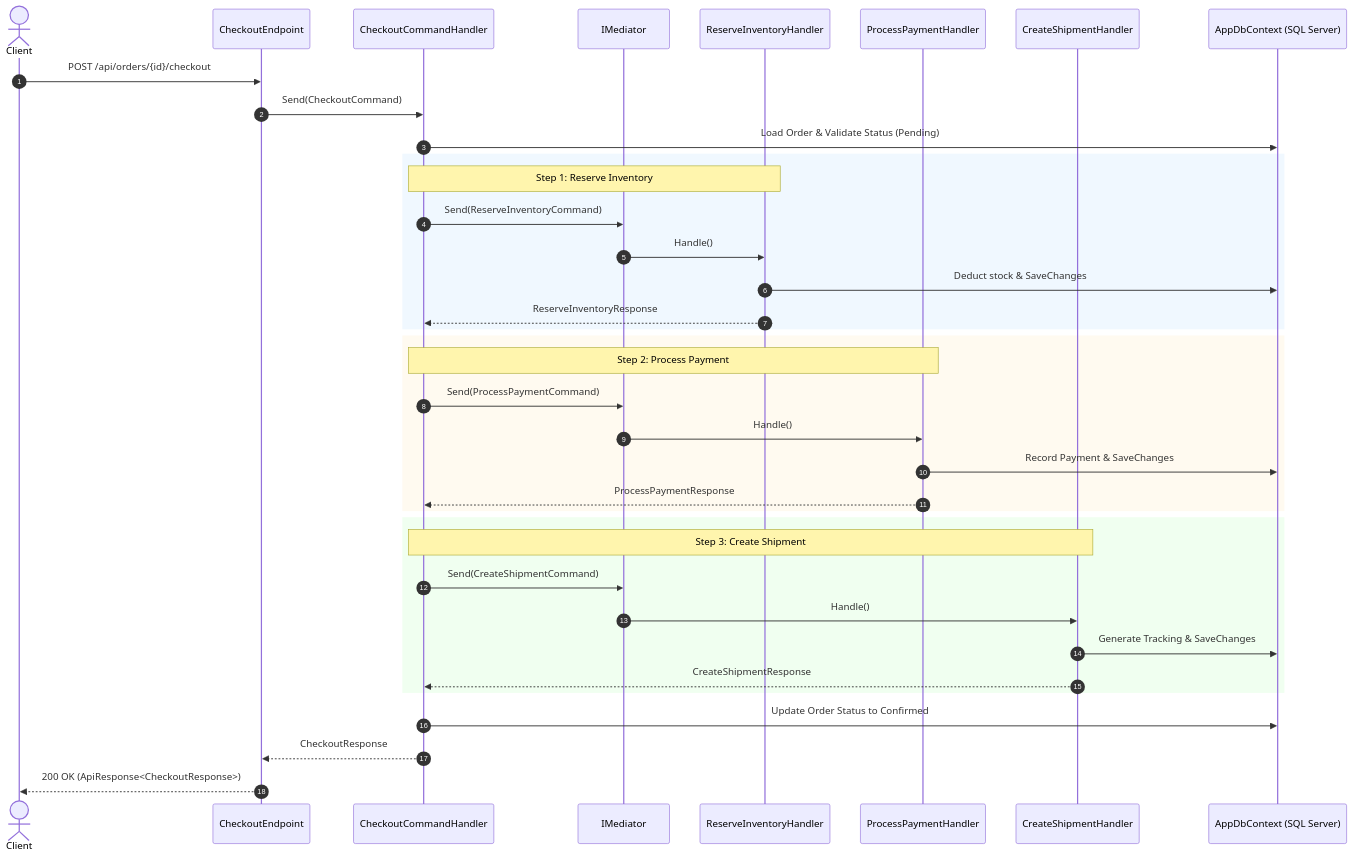
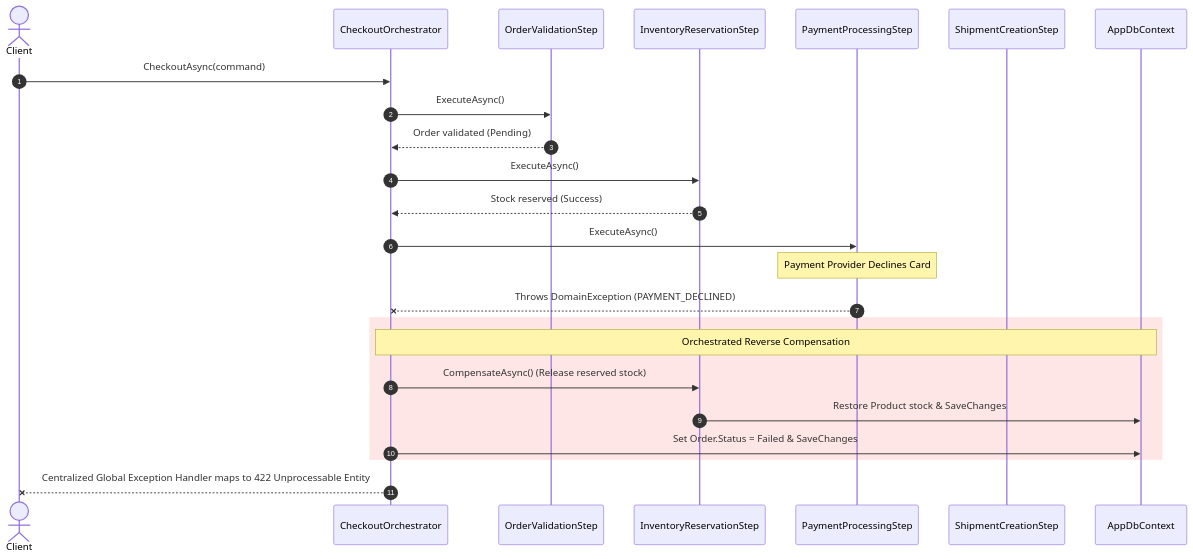
One commit to Seif-Emam/Orchestrator-Pattern-In-CQRS changed the second of 2 diagrams in README.md. Above: the diagram before and after it, drawn with Mermaid. The commit also changed other lines of this file, not shown here.

Commit message:
docs: update documentation with orchestrator pattern architecture and diagrams

````diff
--- a/README.md
+++ b/README.md
@@ -139,44 +96,32 @@
 ```mermaid
 sequenceDiagram
     autonumber
     actor Client
-    participant API as CheckoutEndpoint
-    participant Handler as CheckoutCommandHandler
-    participant MediatR as IMediator
-    participant Inv as ReserveInventoryHandler
-    participant Pay as ProcessPaymentHandler
-    participant Ship as CreateShipmentHandler
-    participant DB as AppDbContext (SQL Server)
+    participant Orch as CheckoutOrchestrator
+    participant Val as OrderValidationStep
+    participant Inv as InventoryReservationStep
+    participant Pay as PaymentProcessingStep
+    participant Ship as ShipmentCreationStep
+    participant DB as AppDbContext
 
-    Client->>API: POST /api/orders/{id}/checkout
-    API->>Handler: Send(CheckoutCommand)
-    Handler->>DB: Load Order & Validate Status (Pending)
+    Client->>Orch: CheckoutAsync(command)
     
-    rect rgb(240, 248, 255)
-        Note over Handler,Inv: Step 1: Reserve Inventory
-        Handler->>MediatR: Send(ReserveInventoryCommand)
-        MediatR->>Inv: Handle()
-        Inv->>DB: Deduct stock & SaveChanges
-        Inv-->>Handler: ReserveInventoryResponse
+    Orch->>Val: ExecuteAsync()
+    Val-->>Orch: Order validated (Pending)
+    
+    Orch->>Inv: ExecuteAsync()
+    Inv-->>Orch: Stock reserved (Success)
+    
+    Orch->>Pay: ExecuteAsync()
+    Note over Pay: Payment Provider Declines Card
+    Pay--xOrch: Throws DomainException (PAYMENT_DECLINED)
+    
+    rect rgb(255, 230, 230)
+        Note over Orch,DB: Orchestrated Reverse Compensation
+        Orch->>Inv: CompensateAsync() (Release reserved stock)
+        Inv->>DB: Restore Product stock & SaveChanges
+        Orch->>DB: Set Order.Status = Failed & SaveChanges
     end
 
-    rect rgb(255, 250, 240)
-        Note over Handler,Pay: Step 2: Process Payment
-        Handler->>MediatR: Send(ProcessPaymentCommand)
-        MediatR->>Pay: Handle()
-        Pay->>DB: Record Payment & SaveChanges
-        Pay-->>Handler: ProcessPaymentResponse
-    end
-
-    rect rgb(240, 255, 240)
-        Note over Handler,Ship: Step 3: Create Shipment
-        Handler->>MediatR: Send(CreateShipmentCommand)
-        MediatR->>Ship: Handle()
-        Ship->>DB: Generate Tracking & SaveChanges
-        Ship-->>Handler: CreateShipmentResponse
-    end
-
-    Handler->>DB: Update Order Status to Confirmed
-    Handler-->>API: CheckoutResponse
-    API-->>Client: 200 OK (ApiResponse<CheckoutResponse>)
+    Orch--xClient: Centralized Global Exception Handler maps to 422 Unprocessable Entity
 ```
````
